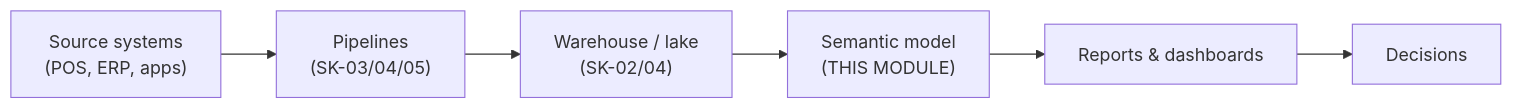
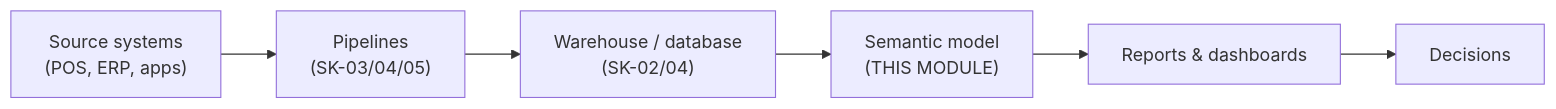
Before and after one commit to AmaliTech-Training-Academy/DE-T-Shaped-Program: the diagram in SK-06_Power_BI_Analytics_Practitioner/Granular Labs/Lab_01_Power_BI_and_BI_Concepts.md, drawn with Mermaid. The commit also changed other lines of this file and 8 other files, not shown here.

````diff
--- a/SK-06_Power_BI_Analytics_Practitioner/Granular Labs/Lab_01_Power_BI_and_BI_Concepts.md
+++ b/SK-06_Power_BI_Analytics_Practitioner/Granular Labs/Lab_01_Power_BI_and_BI_Concepts.md
@@ -62,8 +31,8 @@
 ```mermaid
 flowchart LR
     SRC["Source systems<br/>(POS, ERP, apps)"] --> ETL["Pipelines<br/>(SK-03/04/05)"]
-    ETL --> WH["Warehouse / lake<br/>(SK-02/04)"]
+    ETL --> WH["Warehouse / database<br/>(SK-02/04)"]
     WH --> SM["Semantic model<br/>(THIS MODULE)"]
     SM --> RPT["Reports & dashboards"]
     RPT --> HUMANS["Decisions"]
 ```
````
